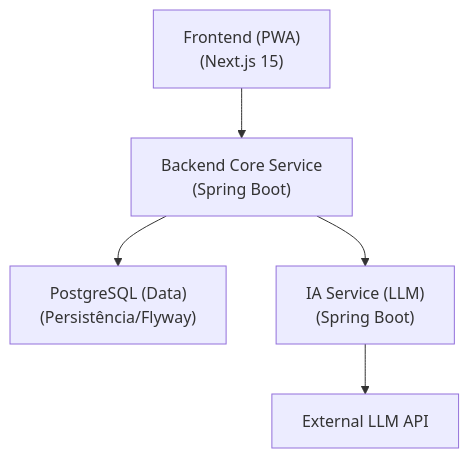
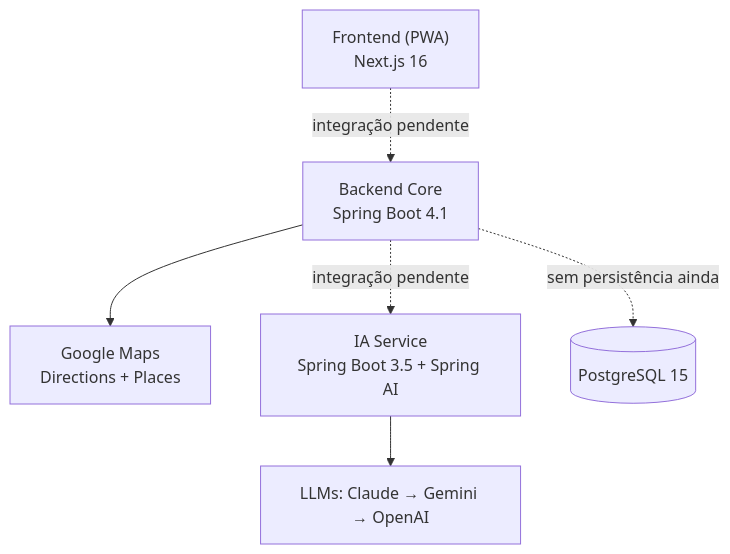
One commit to KyuCorporation/KYR changed the diagram in README.md. Above: the diagram before and after it, drawn with Mermaid. The commit also changed other lines of this file and 47 other files, not shown here.

````diff
--- a/README.md
+++ b/README.md
@@ -17,7 +19,8 @@
 ```mermaid
 flowchart TD
-    A["Frontend (PWA)<br/>(Next.js 15)"] --> C["Backend Core Service<br/>(Spring Boot)"]
-    C --> D["PostgreSQL (Data)<br/>(Persistência/Flyway)"]
-    C --> E["IA Service (LLM)<br/>(Spring Boot)"]
-    E --> F["External LLM API"]
+    A["Frontend (PWA)<br/>Next.js 16"] -.->|integração pendente| C["Backend Core<br/>Spring Boot 4.1"]
+    C --> G["Google Maps<br/>Directions + Places"]
+    C -.->|integração pendente| E["IA Service<br/>Spring Boot 3.5 + Spring AI"]
+    C -.->|sem persistência ainda| D[("PostgreSQL 15")]
+    E --> F["LLMs: Claude → Gemini → OpenAI"]
 ```
````
